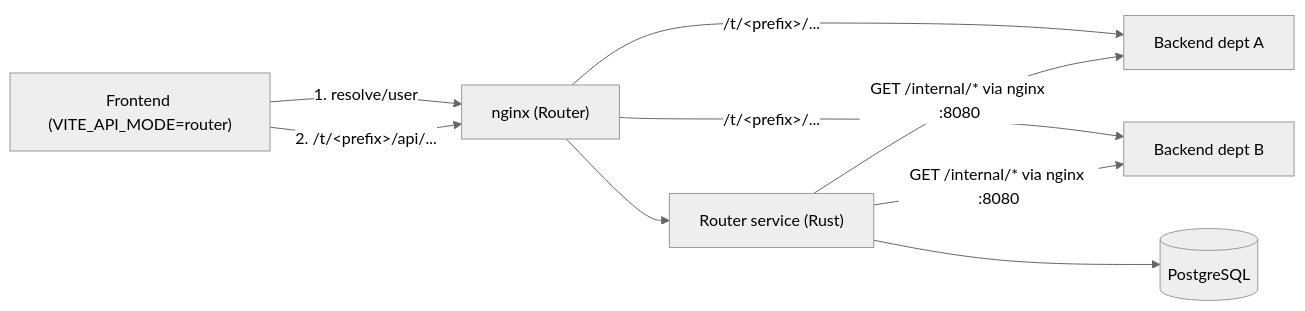
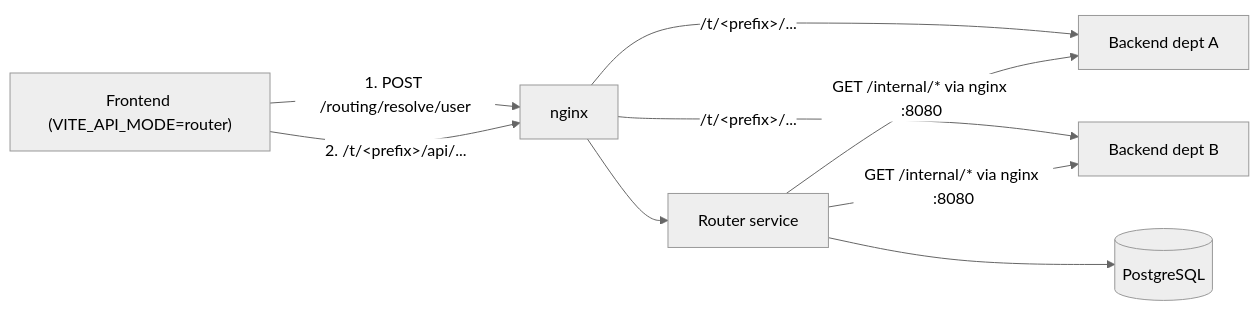
One commit to angustino88/router changed the diagram in README.md. Above: the diagram before and after it, drawn with Mermaid (neutral theme). The commit also changed other lines of this file and 62 other files, not shown here.

First line of the commit message:
Rebuild the Router as a fresh service without legacy compatibility

````diff
--- a/README.md
+++ b/README.md
@@ -14,11 +14,11 @@
 ```mermaid
 flowchart LR
-    FE["Frontend (VITE_API_MODE=router)"] -->|"1. resolve/user"| NG["nginx (Router)"]
+    FE["Frontend (VITE_API_MODE=router)"] -->|"1. POST /routing/resolve/user"| NG["nginx"]
     FE -->|"2. /t/&lt;prefix&gt;/api/..."| NG
-    NG --> RT["Router service (Rust)"]
+    NG --> RT["Router service"]
     NG -->|"/t/&lt;prefix&gt;/..."| B1["Backend dept A"]
     NG -->|"/t/&lt;prefix&gt;/..."| B2["Backend dept B"]
     RT -->|"GET /internal/* via nginx :8080"| B1
     RT -->|"GET /internal/* via nginx :8080"| B2
     RT --> DB[("PostgreSQL")]
 ```
````
